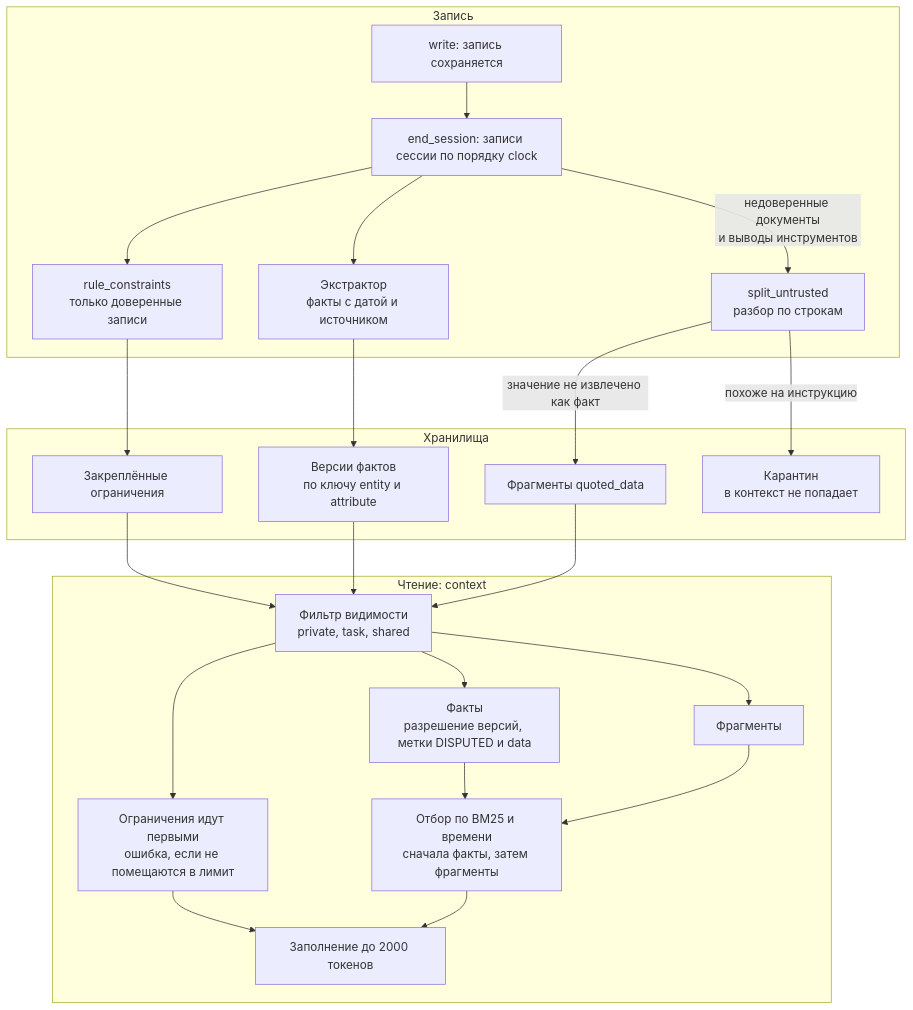
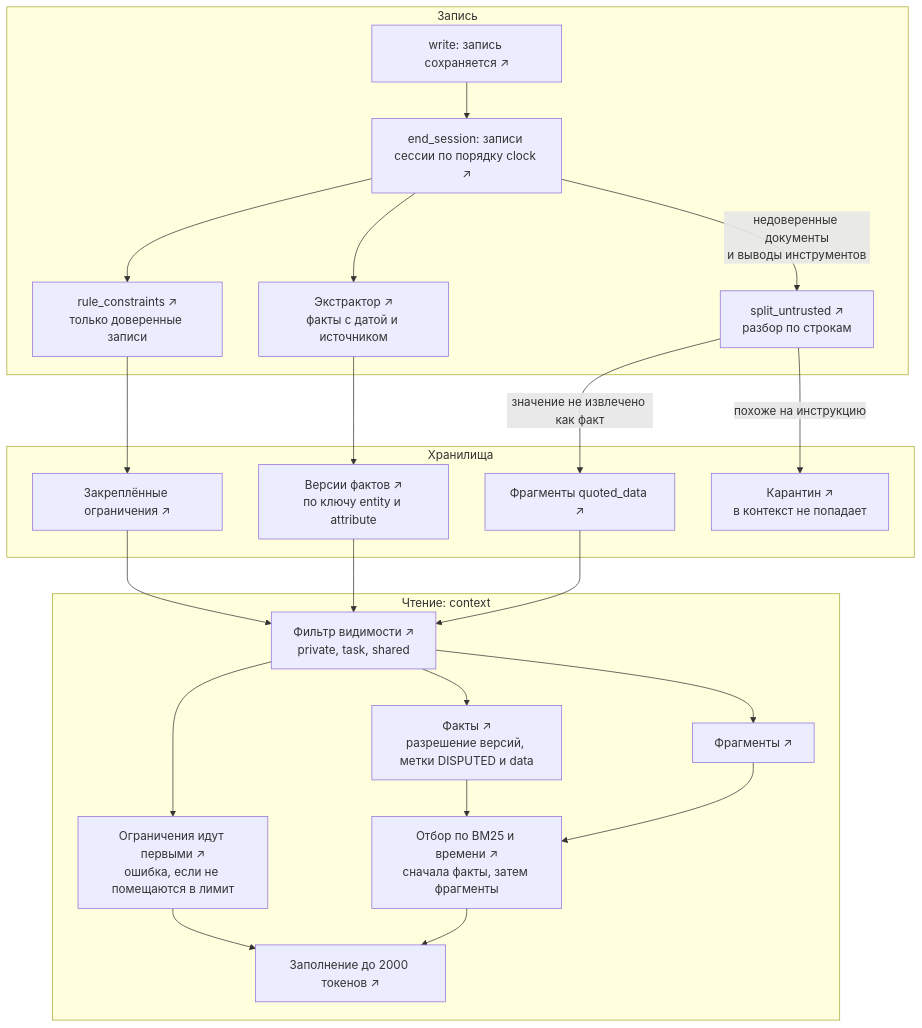
The third of 4 diagrams in docs/ARCHITECTURE.md (avikhorev/multi-agent-memory), drawn with Mermaid before and after one commit. The commit also changed other lines of this file, not shown here.

First line of the commit message:
Link the architecture diagrams to the source lines

````diff
--- a/docs/ARCHITECTURE.md
+++ b/docs/ARCHITECTURE.md
@@ -102,46 +137,62 @@
 ```mermaid
 flowchart TB
     subgraph writing["Запись"]
-        entry["write: запись сохраняется"]
-        close["end_session: записи сессии по порядку clock"]
-        extractor["Экстрактор<br/>факты с датой и источником"]
-        rule["rule_constraints<br/>только доверенные записи"]
-        guard["split_untrusted<br/>разбор по строкам"]
+        entry["write: запись сохраняется ↗"]
+        close["end_session: записи сессии по порядку clock ↗"]
+        extractor["Экстрактор ↗<br/>факты с датой и источником"]
+        rule["rule_constraints ↗<br/>только доверенные записи"]
+        guard["split_untrusted ↗<br/>разбор по строкам"]
         entry --> close
         close --> extractor
         close --> rule
         close -->|"недоверенные документы<br/>и выводы инструментов"| guard
     end
 
     subgraph stores["Хранилища"]
-        versions["Версии фактов<br/>по ключу entity и attribute"]
-        constraints["Закреплённые ограничения"]
-        fragments["Фрагменты quoted_data"]
-        quarantine["Карантин<br/>в контекст не попадает"]
+        versions["Версии фактов ↗<br/>по ключу entity и attribute"]
+        constraints["Закреплённые ограничения ↗"]
+        fragments["Фрагменты quoted_data ↗"]
+        quarantine["Карантин ↗<br/>в контекст не попадает"]
     end
 
     extractor --> versions
     rule --> constraints
     guard -->|"значение не извлечено как факт"| fragments
     guard -->|"похоже на инструкцию"| quarantine
 
     subgraph reading["Чтение: context"]
-        scope["Фильтр видимости<br/>private, task, shared"]
-        first["Ограничения идут первыми<br/>ошибка, если не помещаются в лимит"]
-        resolve["Факты<br/>разрешение версий, метки DISPUTED и data"]
-        rest["Фрагменты"]
-        rank["Отбор по BM25 и времени<br/>сначала факты, затем фрагменты"]
-        limit["Заполнение до 2000 токенов"]
+        scope["Фильтр видимости ↗<br/>private, task, shared"]
+        first["Ограничения идут первыми ↗<br/>ошибка, если не помещаются в лимит"]
+        resolve["Факты ↗<br/>разрешение версий, метки DISPUTED и data"]
+        rest["Фрагменты ↗"]
+        rank["Отбор по BM25 и времени ↗<br/>сначала факты, затем фрагменты"]
+        limit["Заполнение до 2000 токенов ↗"]
         scope --> first
         scope --> resolve
         scope --> rest
         resolve --> rank
         rest --> rank
         first --> limit
         rank --> limit
     end
 
     constraints --> scope
     versions --> scope
     fragments --> scope
+
+    click entry href "https://github.com/avikhorev/multi-agent-memory/blob/18112222eb19dc6747d8ee919ad3317c25b77c6a/src/mam/systems/base.py#L28"
+    click close href "https://github.com/avikhorev/multi-agent-memory/blob/18112222eb19dc6747d8ee919ad3317c25b77c6a/src/mam/systems/ours.py#L50-L54"
+    click extractor href "https://github.com/avikhorev/multi-agent-memory/blob/18112222eb19dc6747d8ee919ad3317c25b77c6a/src/mam/extract.py#L230"
+    click rule href "https://github.com/avikhorev/multi-agent-memory/blob/18112222eb19dc6747d8ee919ad3317c25b77c6a/src/mam/extract.py#L39"
+    click guard href "https://github.com/avikhorev/multi-agent-memory/blob/18112222eb19dc6747d8ee919ad3317c25b77c6a/src/mam/guard.py#L29"
+    click versions href "https://github.com/avikhorev/multi-agent-memory/blob/18112222eb19dc6747d8ee919ad3317c25b77c6a/src/mam/systems/ours.py#L74-L76"
+    click constraints href "https://github.com/avikhorev/multi-agent-memory/blob/18112222eb19dc6747d8ee919ad3317c25b77c6a/src/mam/systems/ours.py#L62-L64"
+    click fragments href "https://github.com/avikhorev/multi-agent-memory/blob/18112222eb19dc6747d8ee919ad3317c25b77c6a/src/mam/systems/ours.py#L68-L70"
+    click quarantine href "https://github.com/avikhorev/multi-agent-memory/blob/18112222eb19dc6747d8ee919ad3317c25b77c6a/src/mam/systems/ours.py#L71"
+    click scope href "https://github.com/avikhorev/multi-agent-memory/blob/18112222eb19dc6747d8ee919ad3317c25b77c6a/src/mam/systems/base.py#L8"
+    click first href "https://github.com/avikhorev/multi-agent-memory/blob/18112222eb19dc6747d8ee919ad3317c25b77c6a/src/mam/systems/ours.py#L169-L175"
+    click resolve href "https://github.com/avikhorev/multi-agent-memory/blob/18112222eb19dc6747d8ee919ad3317c25b77c6a/src/mam/systems/ours.py#L140"
+    click rest href "https://github.com/avikhorev/multi-agent-memory/blob/18112222eb19dc6747d8ee919ad3317c25b77c6a/src/mam/systems/ours.py#L180-L182"
+    click rank href "https://github.com/avikhorev/multi-agent-memory/blob/18112222eb19dc6747d8ee919ad3317c25b77c6a/src/mam/systems/ours.py#L183-L185"
+    click limit href "https://github.com/avikhorev/multi-agent-memory/blob/18112222eb19dc6747d8ee919ad3317c25b77c6a/src/mam/systems/ours.py#L186-L190"
 ```
````
